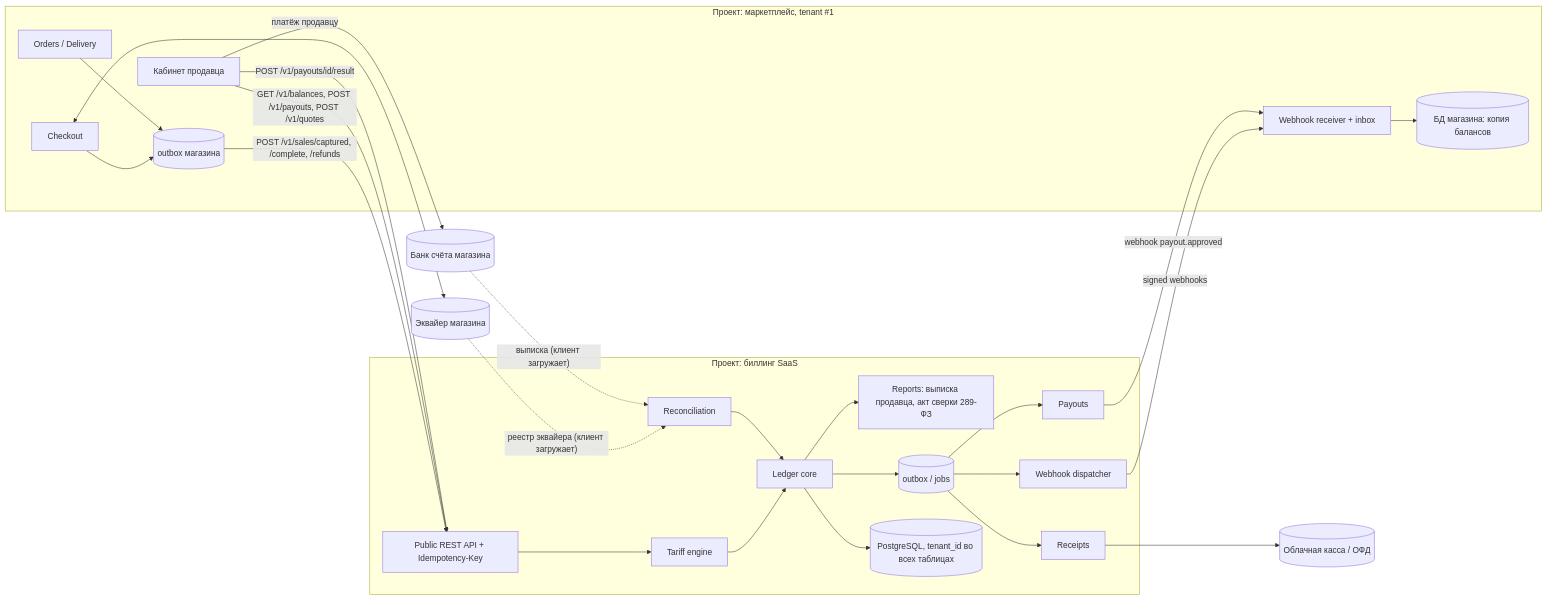
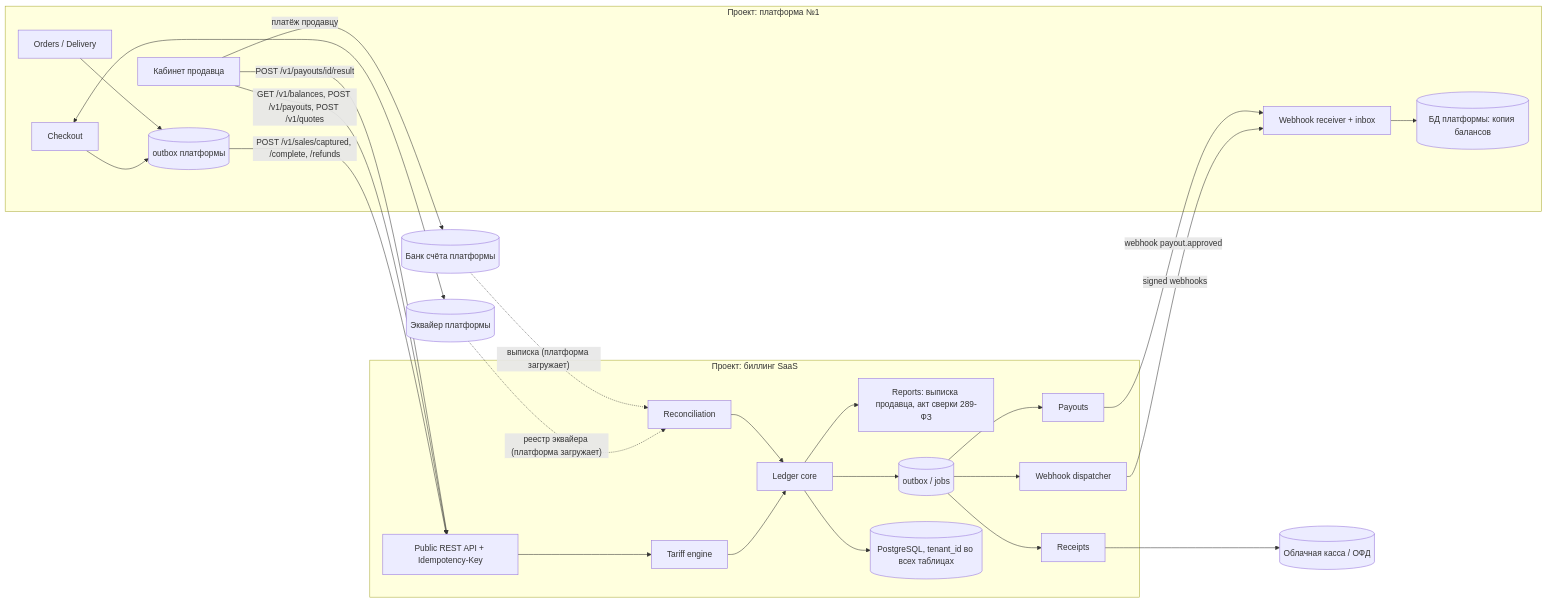
One commit to hino-2/plat-forma changed the first of 6 diagrams in 03-high-level-design.md. Above: the diagram before and after it, drawn with Mermaid. The commit also changed other lines of this file and 6 other files, not shown here.

````diff
--- a/03-high-level-design.md
+++ b/03-high-level-design.md
@@ -72,45 +72,45 @@
 ```mermaid
 flowchart LR
-  subgraph Shop [Проект: маркетплейс, tenant #1]
+  subgraph Shop [Проект: платформа №1]
     CO[Checkout]
     OR[Orders / Delivery]
     CAB[Кабинет продавца]
-    SOB[(outbox магазина)]
+    SOB[(outbox платформы)]
     WH[Webhook receiver + inbox]
-    SDB[(БД магазина: копия балансов)]
+    SDB[(БД платформы: копия балансов)]
   end
 
-  ACQ[(Эквайер магазина)]
-  BANK[(Банк счёта магазина)]
+  ACQ[(Эквайер платформы)]
+  BANK[(Банк счёта платформы)]
   CASH[(Облачная касса / ОФД)]
 
   subgraph Billing [Проект: биллинг SaaS]
     API[Public REST API + Idempotency-Key]
     TE[Tariff engine]
     LG[Ledger core]
     PO[Payouts]
     RC[Reconciliation]
     RCPT[Receipts]
     RP[Reports: выписка продавца, акт сверки 289-ФЗ]
     OBX[(outbox / jobs)]
     WD[Webhook dispatcher]
     BDB[(PostgreSQL, tenant_id во всех таблицах)]
   end
 
   CO <--> ACQ
   CO --> SOB
   OR --> SOB
   SOB -- POST /v1/sales/captured, /complete, /refunds --> API
   CAB -- GET /v1/balances, POST /v1/payouts, POST /v1/quotes --> API
   API --> TE --> LG --> BDB
   LG --> OBX
   OBX --> WD -- signed webhooks --> WH --> SDB
   OBX --> PO
   PO -- webhook payout.approved --> WH
   CAB -- платёж продавцу --> BANK
   CAB -- POST /v1/payouts/id/result --> API
   OBX --> RCPT --> CASH
-  ACQ -. реестр эквайера (клиент загружает) .-> RC --> LG
-  BANK -. выписка (клиент загружает) .-> RC
+  ACQ -. реестр эквайера (платформа загружает) .-> RC --> LG
+  BANK -. выписка (платформа загружает) .-> RC
   LG --> RP
 ```
````
